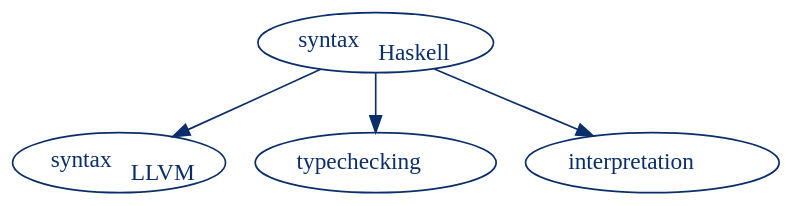
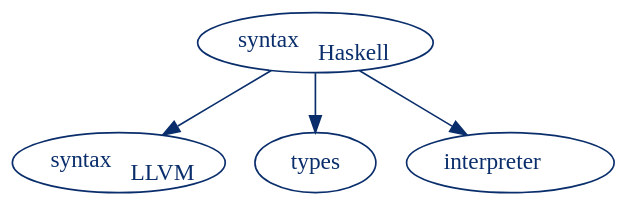
The diagram in src/pages/a-gentle-introduction-to-symbolic-execution/graphs/2.dot (monic-co/blog), drawn with Graphviz before and after one commit. The commit also changed 8 other files, not shown here.

```diff
--- a/src/pages/a-gentle-introduction-to-symbolic-execution/graphs/2.dot
+++ b/src/pages/a-gentle-introduction-to-symbolic-execution/graphs/2.dot
@@ -1,12 +1,12 @@
 digraph G {
   bgcolor="transparent";
 
   syn -> codegen [color="#0a2e6b"];
   syn -> types [color="#0a2e6b"];
   syn -> interp [color="#0a2e6b"];
 
   syn [label=<syntax<SUB>Haskell</SUB>> color="#0a2e6b" fontcolor="#0a2e6b"];
   codegen [label=<syntax<SUB>LLVM</SUB>> color="#0a2e6b" fontcolor="#0a2e6b"];
-  types [label=<typechecking> color="#0a2e6b" fontcolor="#0a2e6b"];
-  interp [label=<interpretation> color="#0a2e6b" fontcolor="#0a2e6b"];
+  types [label=<types> color="#0a2e6b" fontcolor="#0a2e6b"];
+  interp [label=<interpreter> color="#0a2e6b" fontcolor="#0a2e6b"];
 }
```
